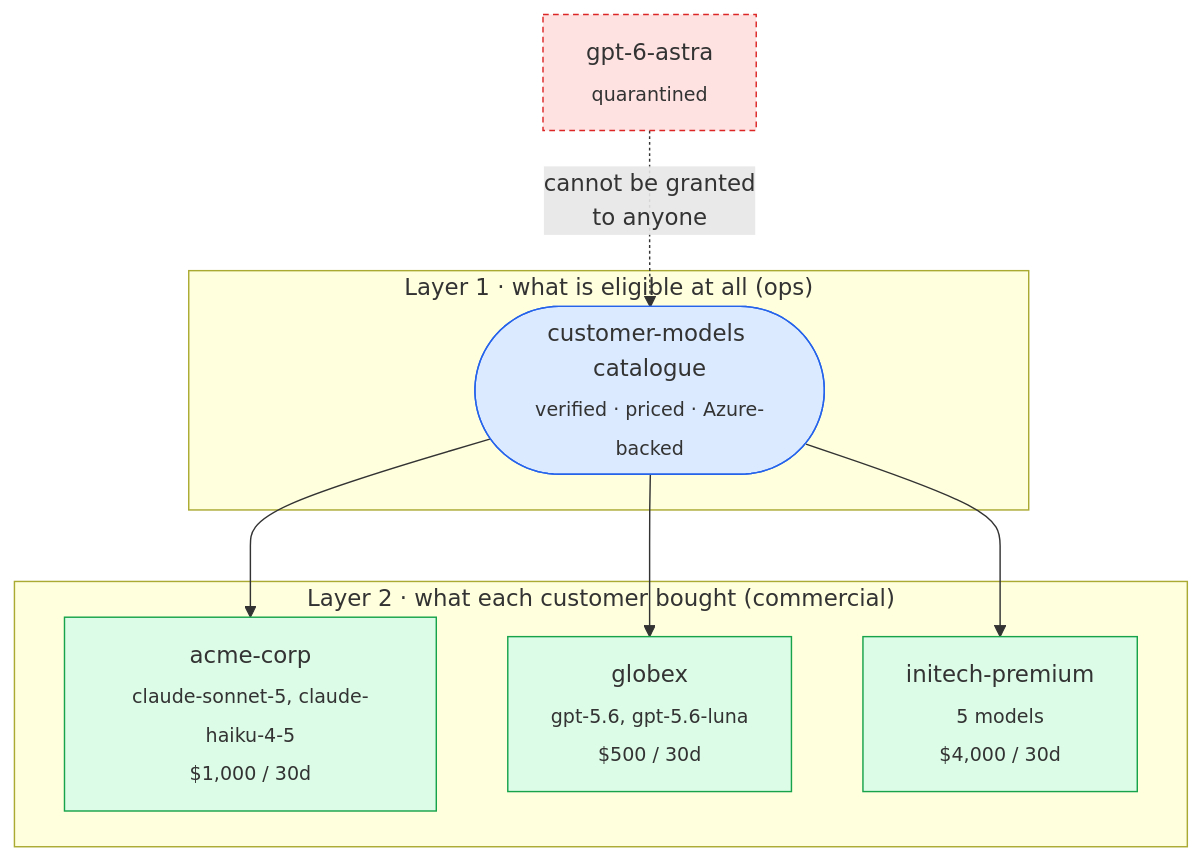
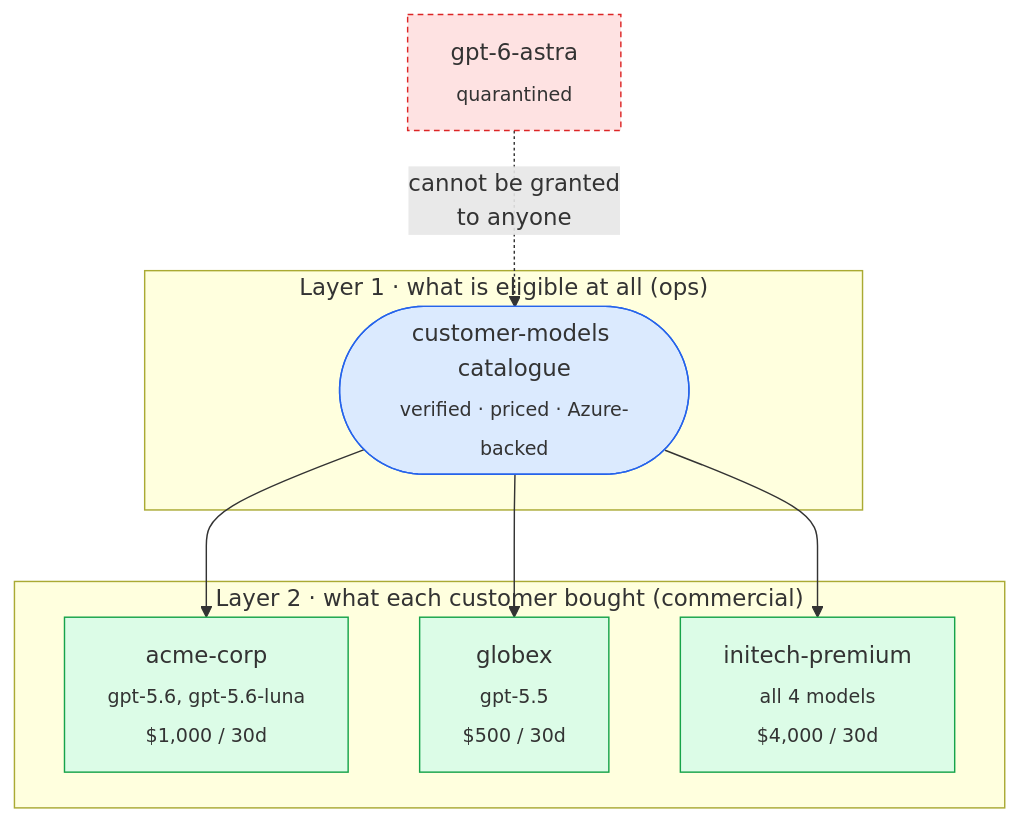
Before and after one commit to mahipalparegi/LiteLLMProxy: the seventh of 12 diagrams in README.md, drawn with Mermaid. The commit also changed other lines of this file and 14 other files, not shown here.

````diff
--- a/README.md
+++ b/README.md
@@ -457,19 +449,19 @@
 ```mermaid
 flowchart TB
     subgraph L1["Layer 1 · what is eligible at all (ops)"]
         CAT(["customer-models catalogue<br/><sub>verified · priced · Azure-backed</sub>"])
     end
     subgraph L2["Layer 2 · what each customer bought (commercial)"]
-        A["acme-corp<br/><sub>claude-sonnet-5, claude-haiku-4-5<br/>$1,000 / 30d</sub>"]
-        B["globex<br/><sub>gpt-5.6, gpt-5.6-luna<br/>$500 / 30d</sub>"]
-        C["initech-premium<br/><sub>5 models<br/>$4,000 / 30d</sub>"]
+        A["acme-corp<br/><sub>gpt-5.6, gpt-5.6-luna<br/>$1,000 / 30d</sub>"]
+        B["globex<br/><sub>gpt-5.5<br/>$500 / 30d</sub>"]
+        C["initech-premium<br/><sub>all 4 models<br/>$4,000 / 30d</sub>"]
     end
     Q["gpt-6-astra<br/><sub>quarantined</sub>"]
     CAT --> A & B & C
     Q -.->|"cannot be granted<br/>to anyone"| CAT
     style CAT fill:#dbeafe,stroke:#2563eb
     style Q fill:#fee2e2,stroke:#dc2626,stroke-dasharray: 4 3
     style A fill:#dcfce7,stroke:#16a34a
     style B fill:#dcfce7,stroke:#16a34a
     style C fill:#dcfce7,stroke:#16a34a
 ```
````
